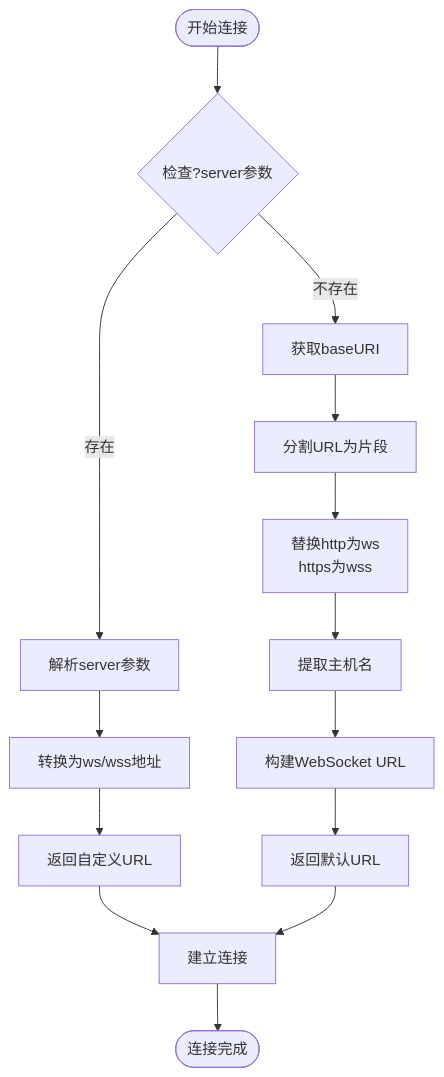
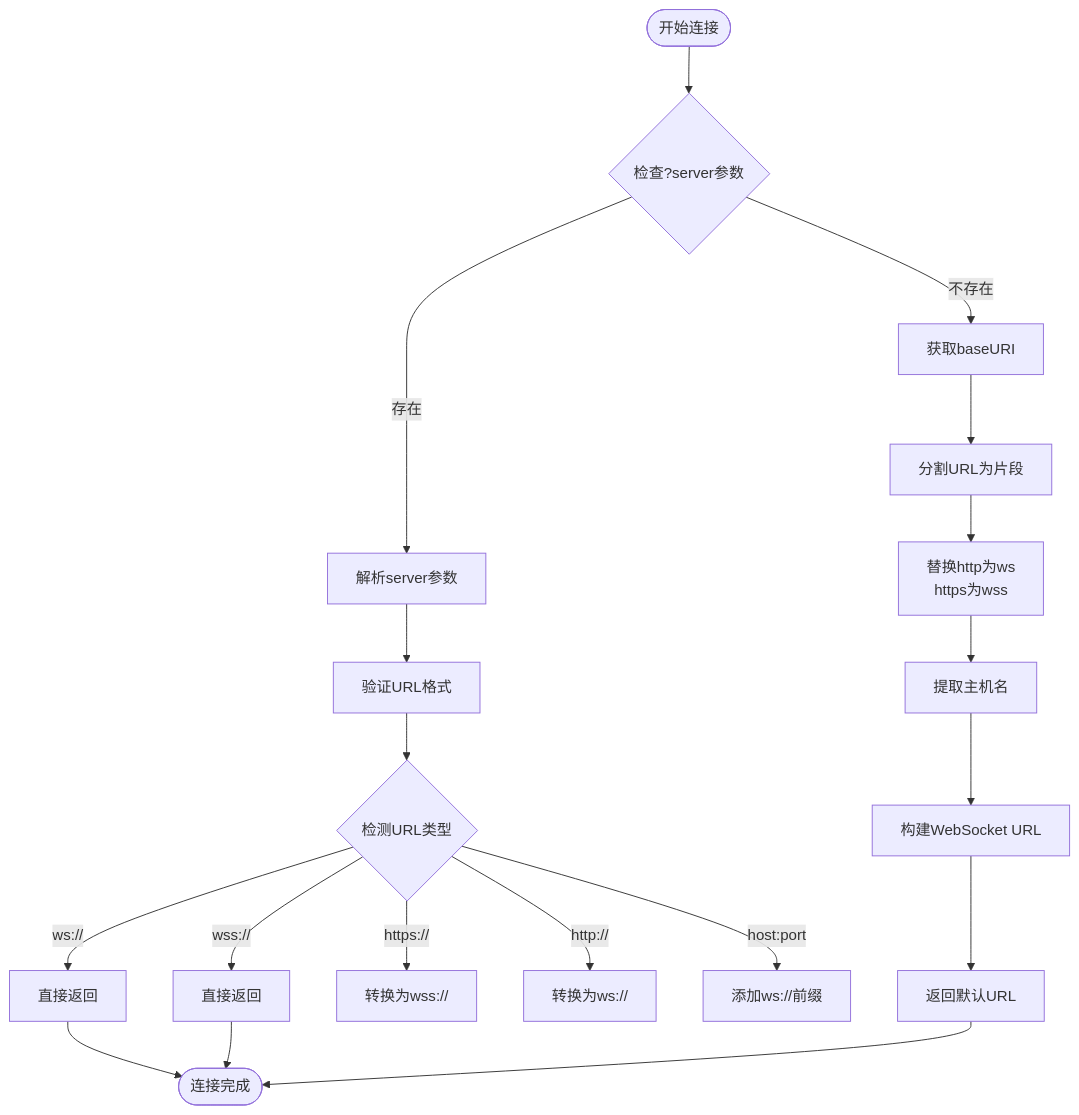
Before and after one commit to tea4go/Macro-Deck-Client-App: the fourth of 12 diagrams in .qoder/repowiki/zh/content/架构设计/模块化设计/页面模块/Web首页模块.md, drawn with Mermaid. The commit also changed other lines of this file and 15 other files, not shown here.

````diff
--- a/.qoder/repowiki/zh/content/架构设计/模块化设计/页面模块/Web首页模块.md
+++ b/.qoder/repowiki/zh/content/架构设计/模块化设计/页面模块/Web首页模块.md
@@ -198,16 +233,21 @@
 ```mermaid
 flowchart TD
 Start([开始连接]) --> CheckParam{检查?server参数}
 CheckParam --> |存在| ParseParam["解析server参数"]
-ParseParam --> ConvertURL["转换为ws/wss地址"]
-ConvertURL --> ReturnCustom["返回自定义URL"]
+ParseParam --> ValidateURL["验证URL格式"]
+ValidateURL --> ConvertType{"检测URL类型"}
+ConvertType --> |ws://| ReturnWS["直接返回"]
+ConvertType --> |wss://| ReturnWSS["直接返回"]
+ConvertType --> |https://| ConvertToWSS["转换为wss://"]
+ConvertType --> |http://| ConvertToWS["转换为ws://"]
+ConvertType --> |host:port| DefaultWS["添加ws://前缀"]
 CheckParam --> |不存在| GetBaseURL["获取baseURI"]
 GetBaseURL --> SplitURL["分割URL为片段"]
 SplitURL --> ReplaceProto["替换http为ws<br/>https为wss"]
 ReplaceProto --> ExtractHost["提取主机名"]
 ExtractHost --> BuildURL["构建WebSocket URL"]
 BuildURL --> ReturnDefault["返回默认URL"]
-ReturnCustom --> Connect["建立连接"]
-ReturnDefault --> Connect
-Connect --> End([连接完成])
+ReturnWS --> End([连接完成])
+ReturnWSS --> End
+ReturnDefault --> End
 ```
````
